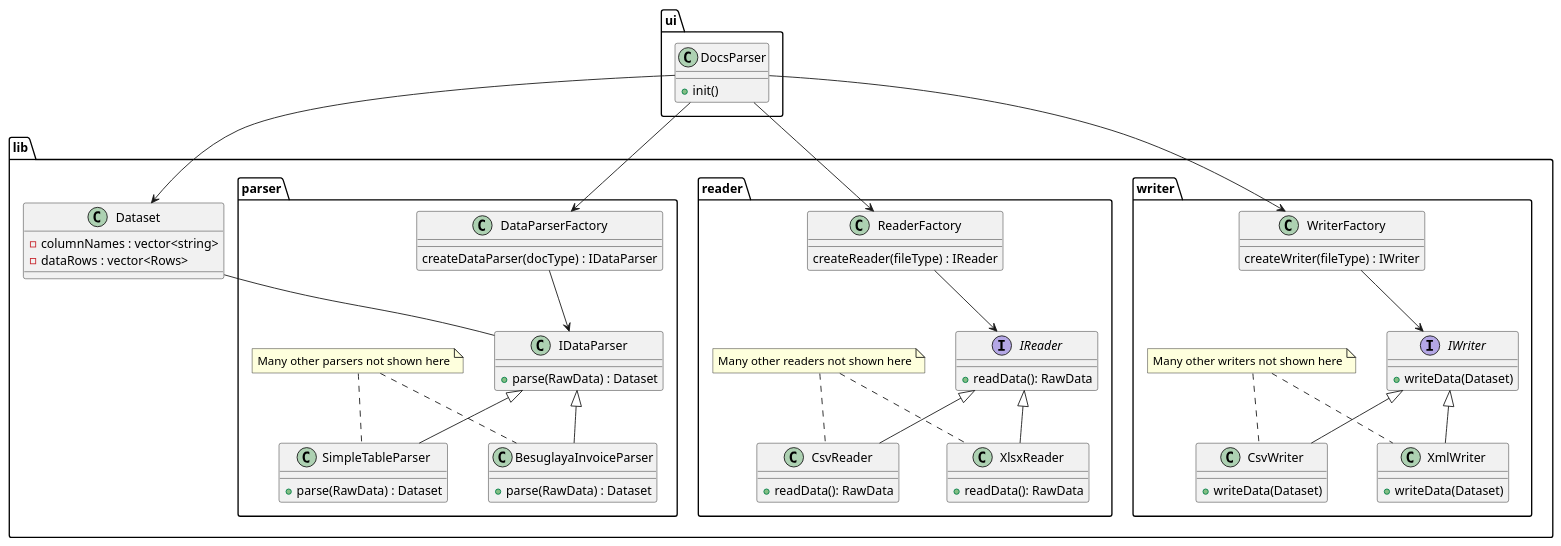
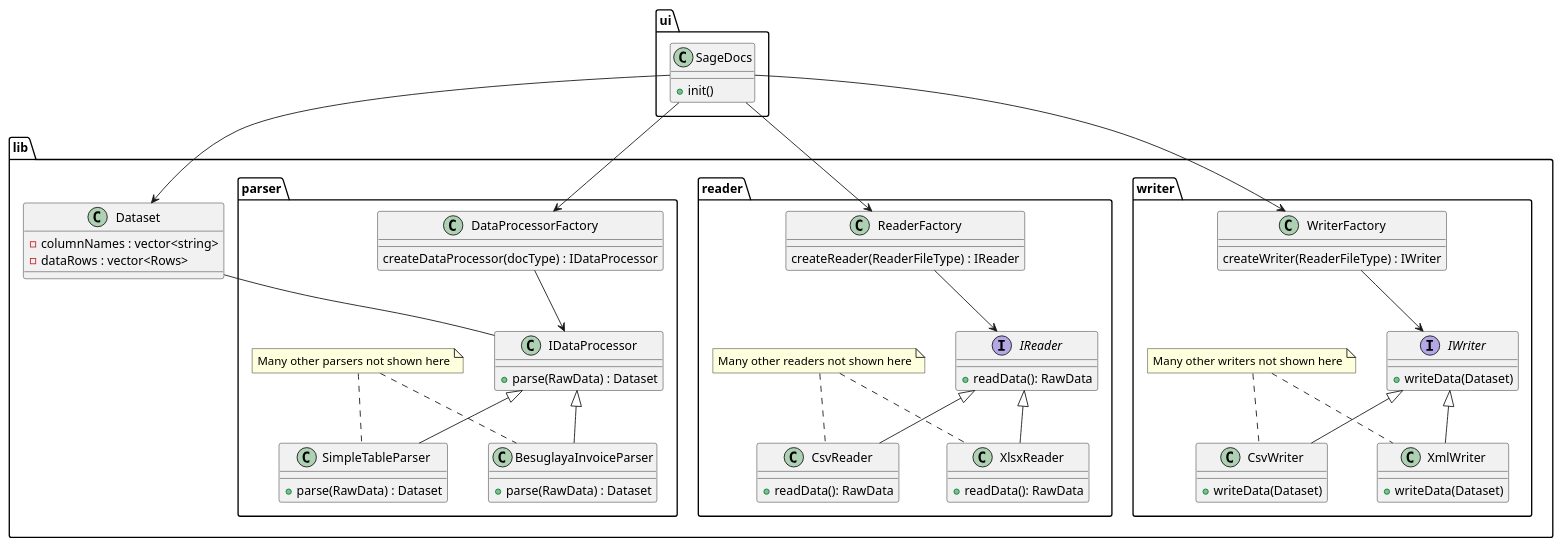
Before and after one commit to Sage-Cat/SageParser: the diagram in docs/architecture.puml, drawn with PlantUML. The commit also changed 19 other files, not shown here.

```diff
--- a/docs/architecture.puml
+++ b/docs/architecture.puml
@@ -1,106 +1,106 @@
 @startuml
 
 package ui {
-    class DocsParser
+    class SageDocs
     {
         +init()
     }
 }
 
 package lib {
     class Dataset {
         -columnNames : vector<string>
         -dataRows : vector<Rows>
     }
 
     package parser {
-        class DataParserFactory
+        class DataProcessorFactory
         {
-            createDataParser(docType) : IDataParser
+            createDataProcessor(docType) : IDataProcessor
         }
 
-        class IDataParser {
+        class IDataProcessor {
             +parse(RawData) : Dataset
         }
 
         class SimpleTableParser {
             +parse(RawData) : Dataset
         }
 
         class BesuglayaInvoiceParser {
             +parse(RawData) : Dataset
         }
 
         note "Many other parsers not shown here" as N1
         N1 .. SimpleTableParser
         N1 .. BesuglayaInvoiceParser
 
-        SimpleTableParser -up-|> IDataParser
-        BesuglayaInvoiceParser -up-|> IDataParser
+        SimpleTableParser -up-|> IDataProcessor
+        BesuglayaInvoiceParser -up-|> IDataProcessor
     }
 
     package writer {
 
         class WriterFactory {
-            createWriter(fileType) : IWriter
+            createWriter(ReaderFileType) : IWriter
         } 
 
         interface IWriter {
             +writeData(Dataset)
         }
 
         class CsvWriter {
             +writeData(Dataset)
         }
 
         class XmlWriter {
             +writeData(Dataset)
         }
 
         note "Many other writers not shown here" as N2
         N2 .. CsvWriter
         N2 .. XmlWriter
 
         CsvWriter -up-|> IWriter
         XmlWriter -up-|> IWriter
     }
 
     package reader {
         class ReaderFactory {
-            createReader(fileType) : IReader
+            createReader(ReaderFileType) : IReader
         } 
 
         interface IReader {
             +readData(): RawData
         }
 
         class CsvReader {
             +readData(): RawData
         }
 
         class XlsxReader {
             +readData(): RawData
         }
 
         note "Many other readers not shown here" as N3
         N3 .. CsvReader
         N3 .. XlsxReader
 
         CsvReader -up-|> IReader
         XlsxReader -up-|> IReader
     }
 
-    Dataset -- IDataParser
+    Dataset -- IDataProcessor
 }
 
 
 ReaderFactory --> IReader
 WriterFactory --> IWriter
-DataParserFactory --> IDataParser
+DataProcessorFactory --> IDataProcessor
 
-DocsParser --> DataParserFactory
-DocsParser --> WriterFactory
-DocsParser --> ReaderFactory
-DocsParser --> Dataset
+SageDocs --> DataProcessorFactory
+SageDocs --> WriterFactory
+SageDocs --> ReaderFactory
+SageDocs --> Dataset
 
 @enduml
```
